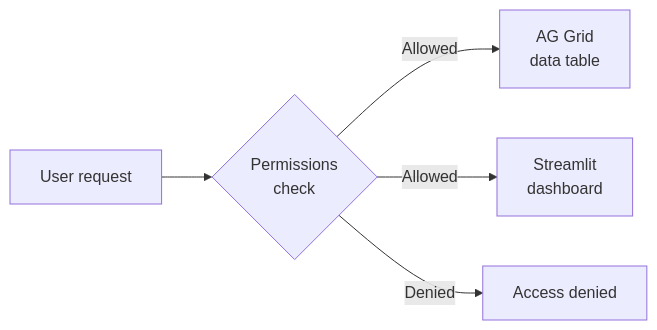
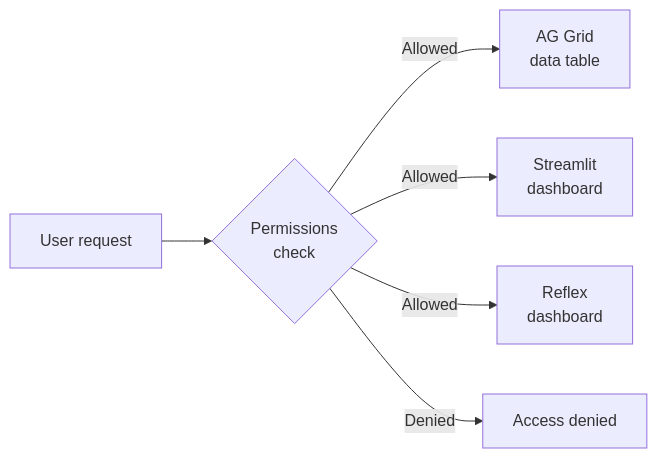
The diagram in docs/access-and-dashboards/index.md (ExcellenceCloudGmbH/lex-app), drawn with Mermaid before and after one commit. The commit also changed other lines of this file and 69 other files, not shown here.

````diff
--- a/docs/access-and-dashboards/index.md
+++ b/docs/access-and-dashboards/index.md
@@ -9,10 +9,12 @@
 ```mermaid
 flowchart LR
     A["User request"] --> B{"Permissions
     check"}
     B -- Allowed --> C["AG Grid
     data table"]
     B -- Allowed --> D["Streamlit
     dashboard"]
+    B -- Allowed --> F["Reflex
+    dashboard"]
     B -- Denied --> E["Access denied"]
 ```
````
